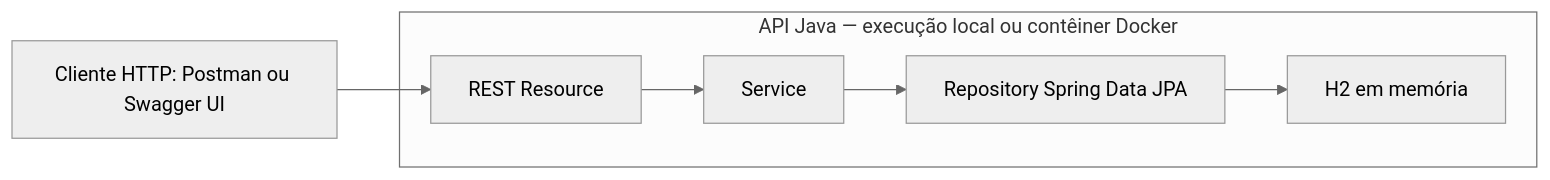
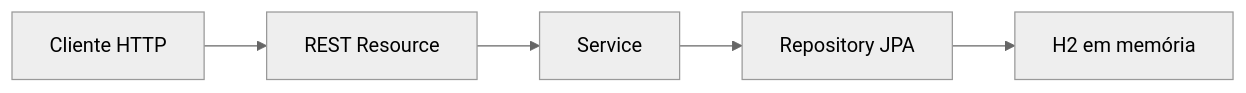
Before and after one commit to gi13090/nuclear-case-api: the diagram in README.md, drawn with Mermaid (neutral theme). The commit also changed other lines of this file and 3 other files, not shown here.

````diff
--- a/README.md
+++ b/README.md
@@ -33,9 +19,7 @@
 ```mermaid
 flowchart LR
-    C["Cliente HTTP: Postman ou Swagger UI"] --> R
-    subgraph API["API Java — execução local ou contêiner Docker"]
-        R["REST Resource"] --> S["Service"]
-        S --> P["Repository Spring Data JPA"]
-        P --> H["H2 em memória"]
-    end
+    C["Cliente HTTP"] --> R["REST Resource"]
+    R --> S["Service"]
+    S --> P["Repository JPA"]
+    P --> H["H2 em memória"]
 ```
````
